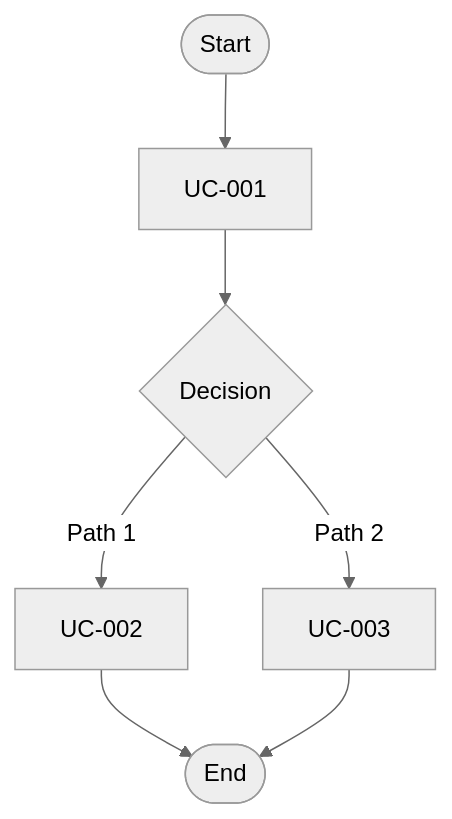
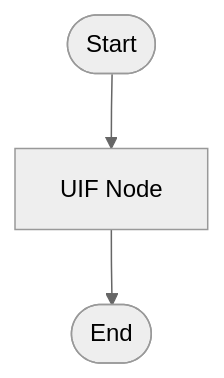
Before and after one commit to bigsmartben/sdd: the diagram in templates/spec-template.md, drawn with Mermaid (neutral theme). The commit also changed other lines of this file and 39 other files, not shown here.

````diff
--- a/templates/spec-template.md
+++ b/templates/spec-template.md
@@ -162,9 +69,4 @@
 ```mermaid
 graph TD
-    Start([Start]) --> A[UC-001]
-    A --> B{Decision}
-    B -- Path 1 --> C[UC-002]
-    B -- Path 2 --> D[UC-003]
-    C --> End([End])
-    D --> End
+    Start([Start]) --> N01[UIF Node] --> End([End])
 ```
````
